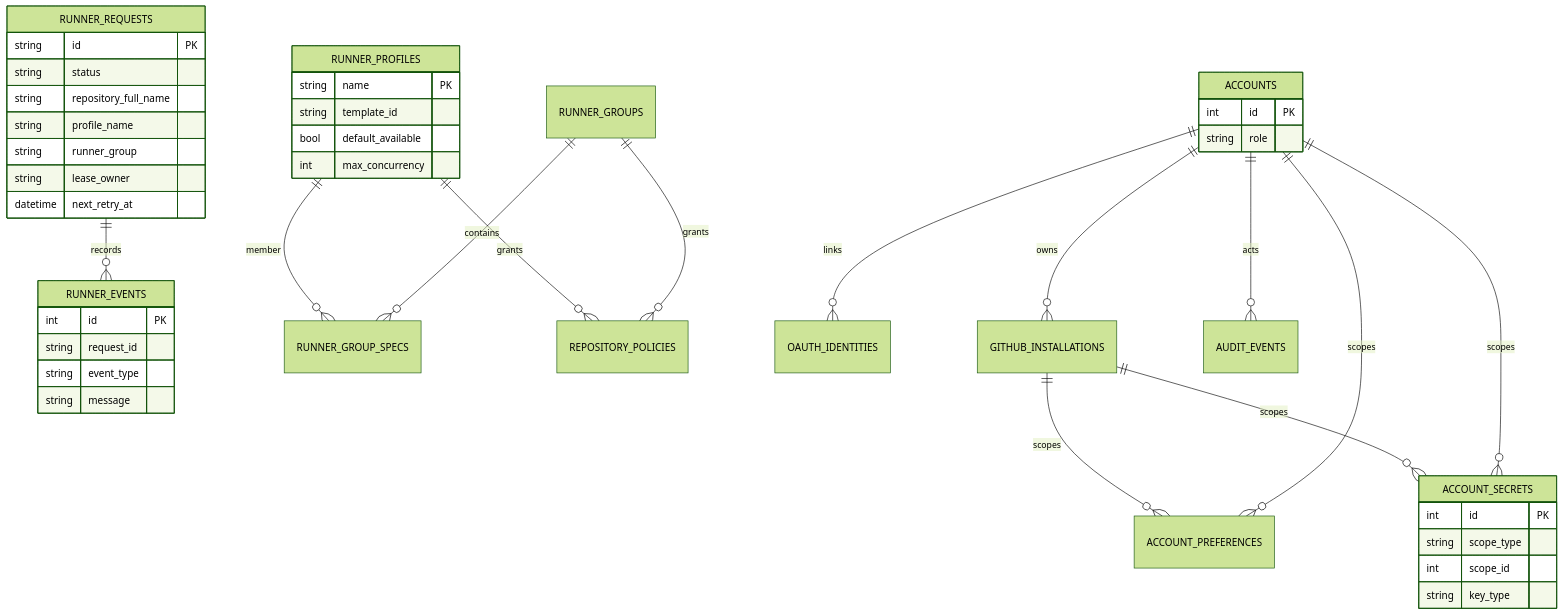
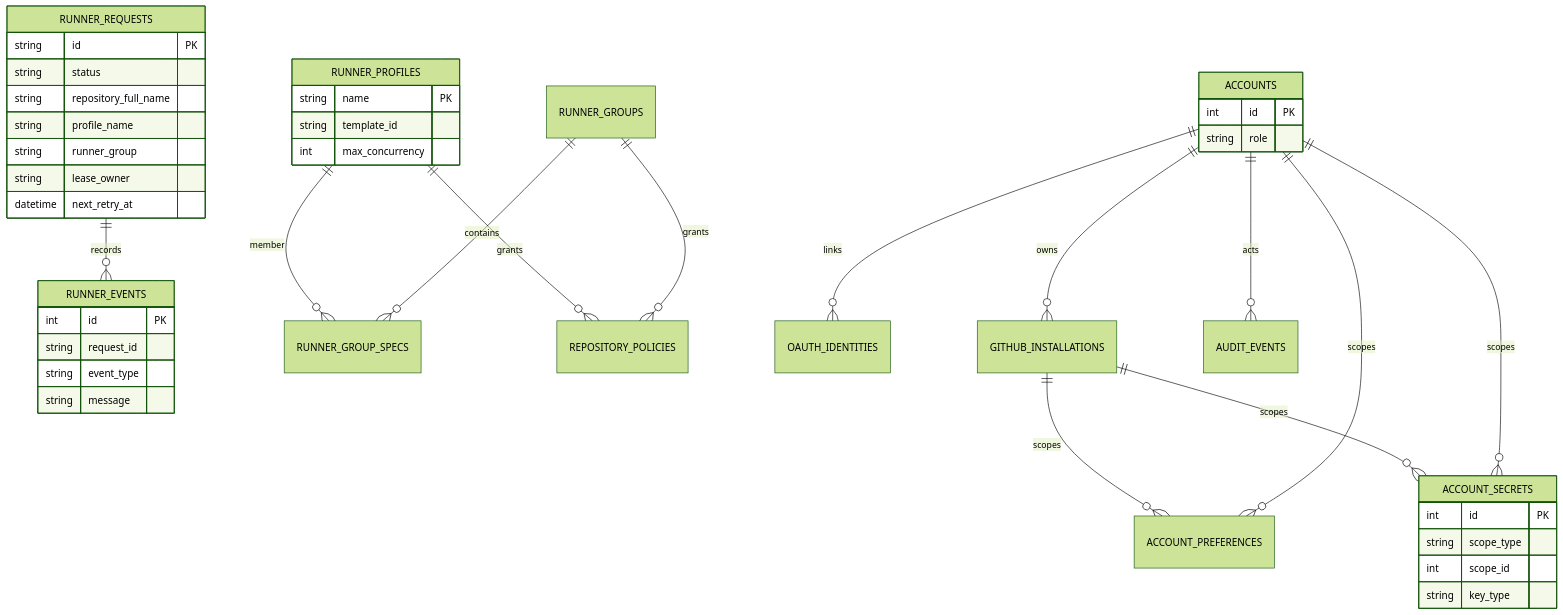
The fourth of 6 diagrams in docs/runner-architecture-comparison.md (jimyag/e2b-github-runner), drawn with Mermaid (forest theme) before and after one commit. The commit also changed other lines of this file and 50 other files, not shown here.

````diff
--- a/docs/runner-architecture-comparison.md
+++ b/docs/runner-architecture-comparison.md
@@ -132,47 +132,46 @@
 ```mermaid
 erDiagram
   RUNNER_REQUESTS ||--o{ RUNNER_EVENTS : records
   RUNNER_PROFILES ||--o{ RUNNER_GROUP_SPECS : member
   RUNNER_GROUPS ||--o{ RUNNER_GROUP_SPECS : contains
   RUNNER_PROFILES ||--o{ REPOSITORY_POLICIES : grants
   RUNNER_GROUPS ||--o{ REPOSITORY_POLICIES : grants
   ACCOUNTS ||--o{ OAUTH_IDENTITIES : links
   ACCOUNTS ||--o{ GITHUB_INSTALLATIONS : owns
   ACCOUNTS ||--o{ AUDIT_EVENTS : acts
   GITHUB_INSTALLATIONS ||--o{ ACCOUNT_PREFERENCES : scopes
   GITHUB_INSTALLATIONS ||--o{ ACCOUNT_SECRETS : scopes
   ACCOUNTS ||--o{ ACCOUNT_PREFERENCES : scopes
   ACCOUNTS ||--o{ ACCOUNT_SECRETS : scopes
 
   RUNNER_REQUESTS {
     string id PK
     string status
     string repository_full_name
     string profile_name
     string runner_group
     string lease_owner
     datetime next_retry_at
   }
   RUNNER_EVENTS {
     int id PK
     string request_id
     string event_type
     string message
   }
   RUNNER_PROFILES {
     string name PK
     string template_id
-    bool default_available
     int max_concurrency
   }
   ACCOUNTS {
     int id PK
     string role
   }
   ACCOUNT_SECRETS {
     int id PK
     string scope_type
     int scope_id
     string key_type
   }
 ```
````
